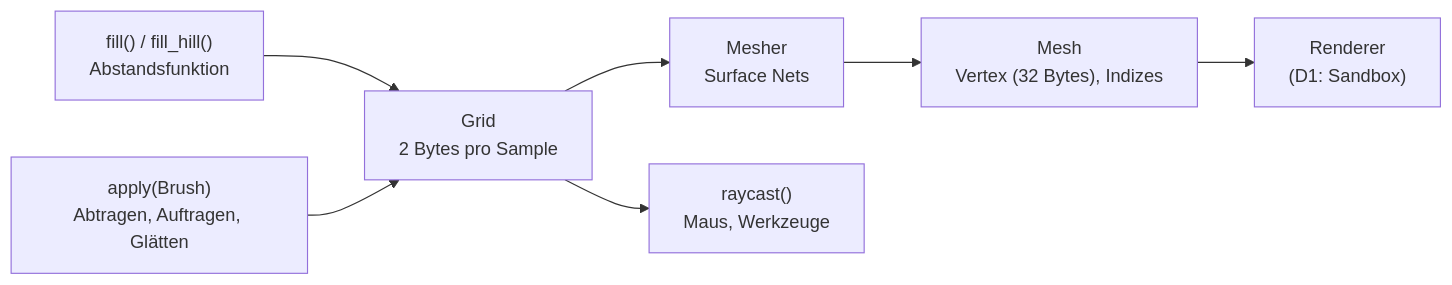
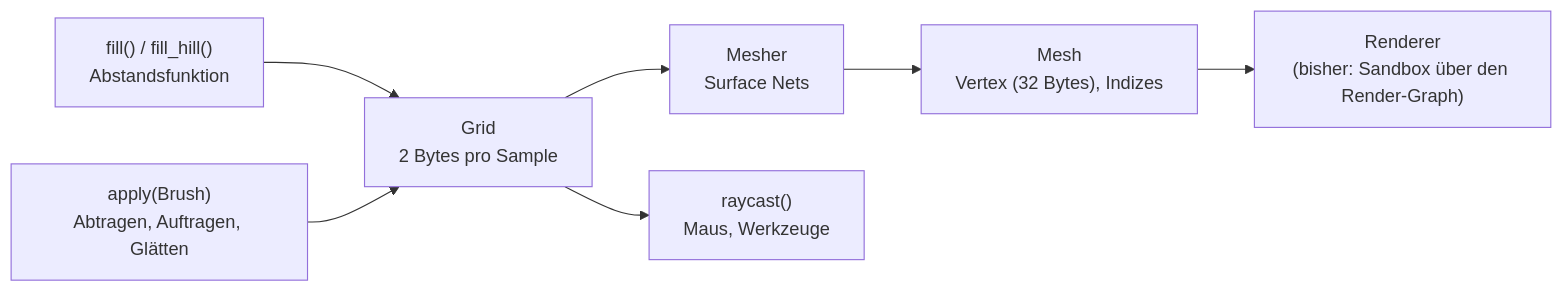
Before and after one commit to viiez/ngine: the ninth of 11 diagrams in docs/architecture.md, drawn with Mermaid. The commit also changed other lines of this file and 44 other files, not shown here.

````diff
--- a/docs/architecture.md
+++ b/docs/architecture.md
@@ -276,9 +318,9 @@
 ```mermaid
 flowchart LR
     fill["fill() / fill_hill()<br/>Abstandsfunktion"] --> grid["Grid<br/>2 Bytes pro Sample"]
     brush["apply(Brush)<br/>Abtragen, Auftragen, Glätten"] --> grid
     grid --> mesher["Mesher<br/>Surface Nets"]
     mesher --> mesh["Mesh<br/>Vertex (32 Bytes), Indizes"]
     grid --> ray["raycast()<br/>Maus, Werkzeuge"]
-    mesh --> renderer["Renderer<br/>(D1: Sandbox)"]
+    mesh --> renderer["Renderer<br/>(bisher: Sandbox über den Render-Graph)"]
 ```
````
